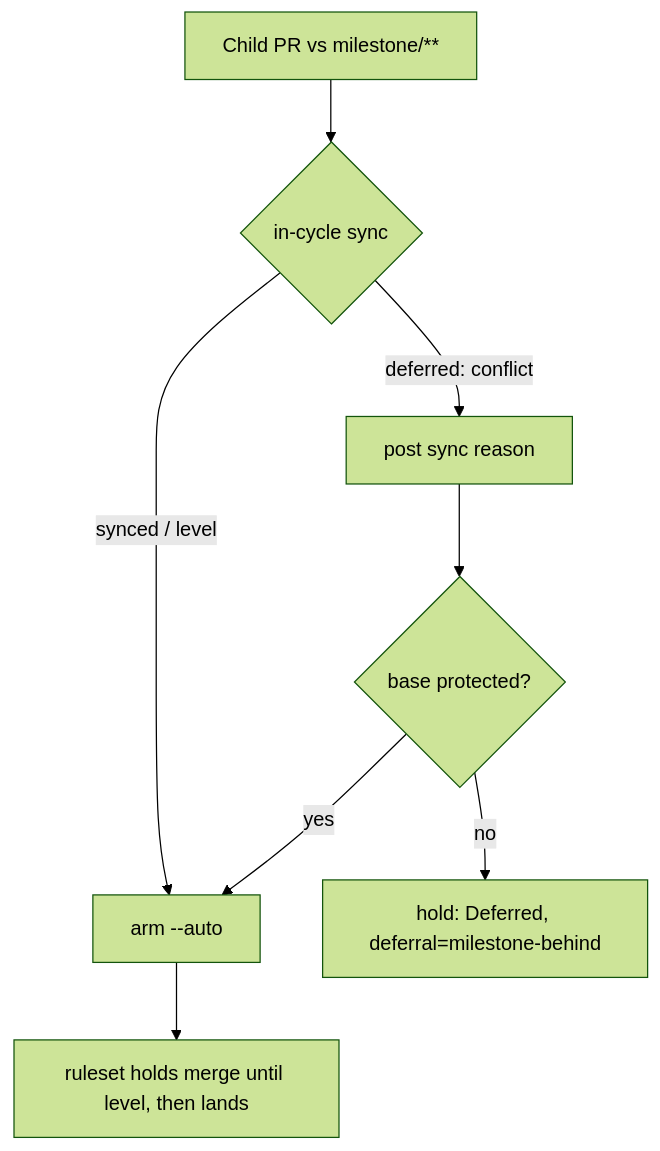
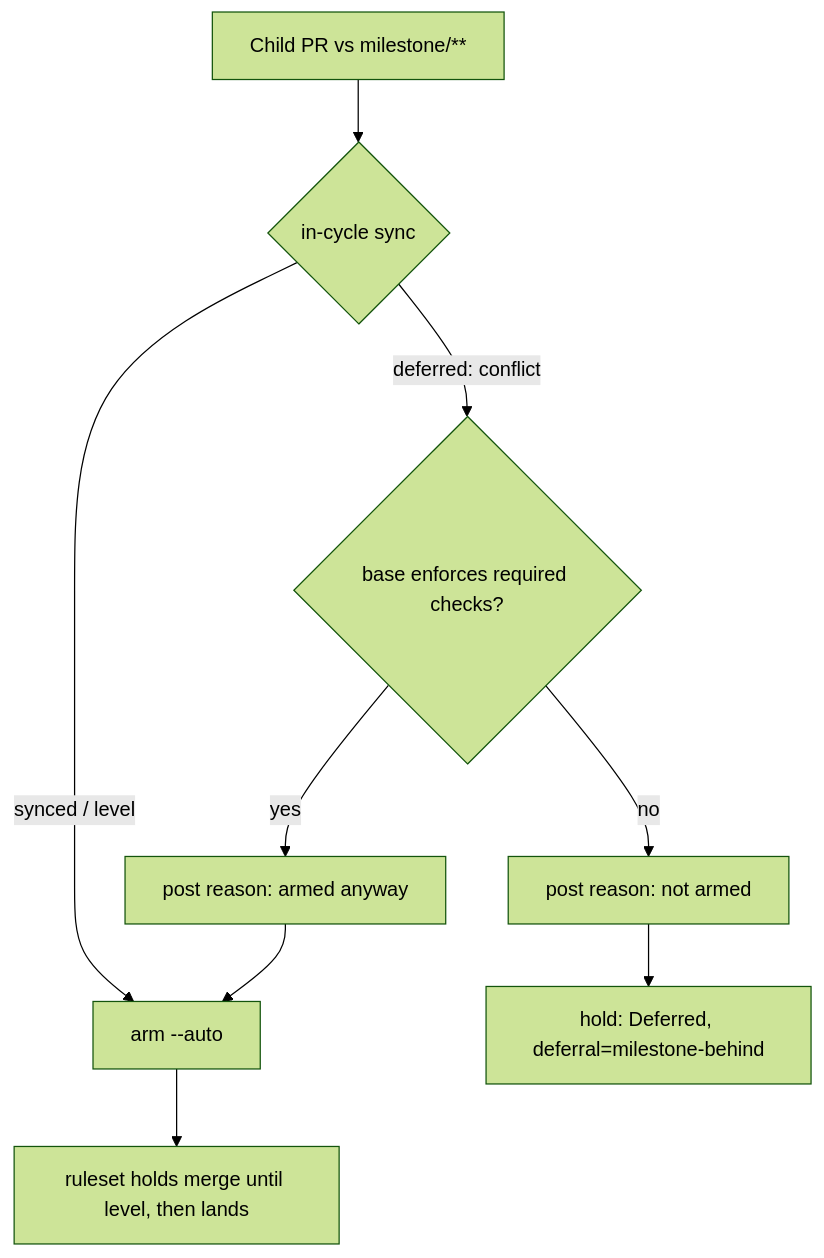
The diagram in docs/archive/pr-summaries/pr-summary-2460.md (stSoftwareAU/VibeCoder), drawn with Mermaid (forest theme) before and after one commit. The commit also changed other lines of this file and 3 other files, not shown here.

````diff
--- a/docs/archive/pr-summaries/pr-summary-2460.md
+++ b/docs/archive/pr-summaries/pr-summary-2460.md
@@ -18,10 +18,9 @@
 ```mermaid
 flowchart TD
   A[Child PR vs milestone/**] --> B{in-cycle sync}
   B -->|synced / level| C[arm --auto]
-  B -->|deferred: conflict| D[post sync reason]
-  D --> E{base protected?}
-  E -->|yes| C
-  E -->|no| F[hold: Deferred, deferral=milestone-behind]
-  C --> G[ruleset holds merge until level, then lands]
+  B -->|deferred: conflict| D{base enforces required checks?}
+  D -->|yes| E[post reason: armed anyway] --> C
+  D -->|no| F[post reason: not armed] --> G[hold: Deferred, deferral=milestone-behind]
+  C --> H[ruleset holds merge until level, then lands]
 ```
````
